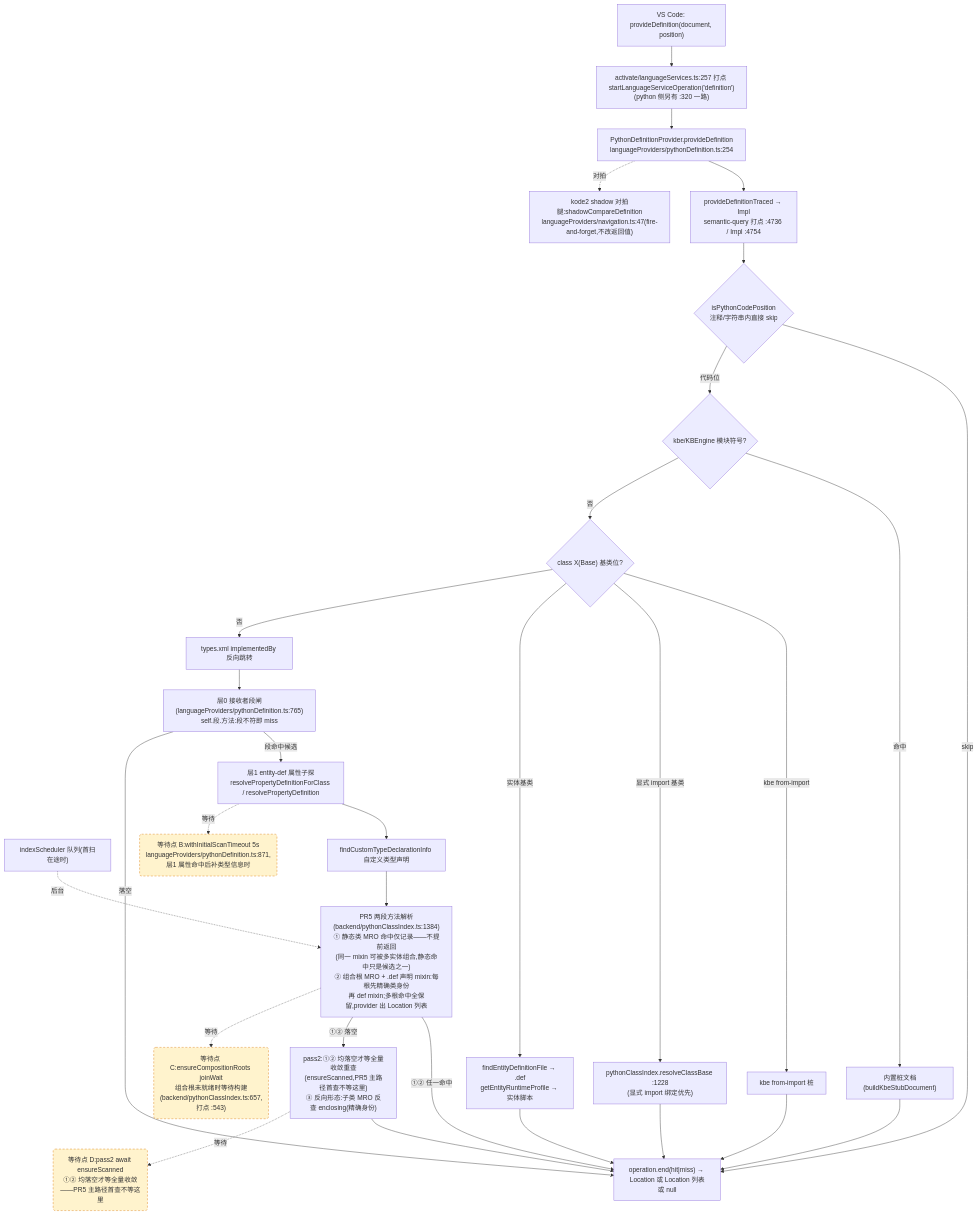
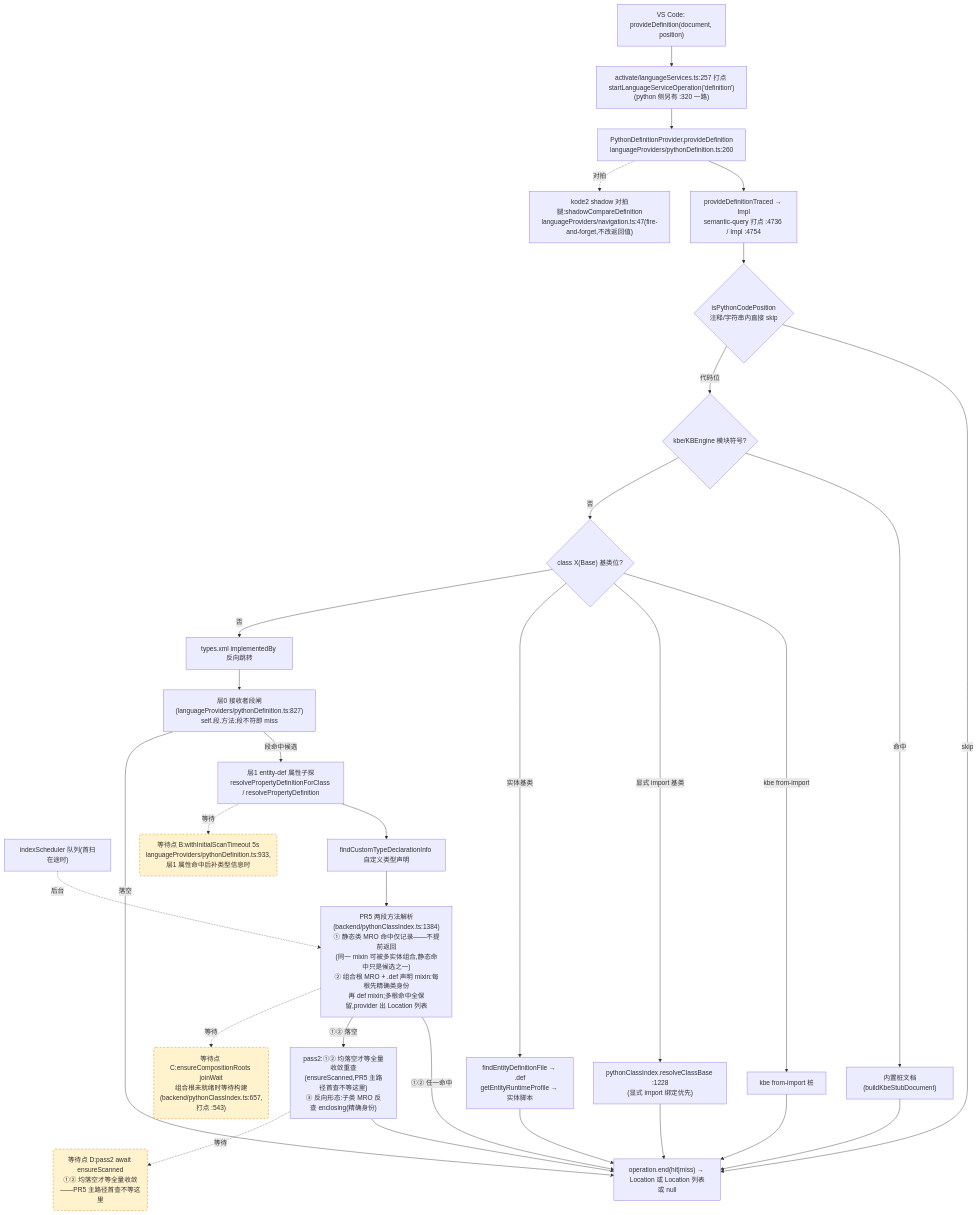
The second of 4 diagrams in docs/perf/2026-baseline.md (cuihairu/kode), drawn with Mermaid before and after one commit. The commit also changed other lines of this file and 15 other files, not shown here.

````diff
--- a/docs/perf/2026-baseline.md
+++ b/docs/perf/2026-baseline.md
@@ -132,51 +133,51 @@
 ```mermaid
 flowchart TD
   VC2["VS Code: provideDefinition(document, position)"]
   M2["activate/languageServices.ts:257 打点 startLanguageServiceOperation('definition')<br/>(python 侧另有 :320 一路)"]
-  AD2["PythonDefinitionProvider.provideDefinition<br/>languageProviders/pythonDefinition.ts:254"]
+  AD2["PythonDefinitionProvider.provideDefinition<br/>languageProviders/pythonDefinition.ts:260"]
   TR["provideDefinitionTraced → Impl<br/>semantic-query 打点 :4736 / Impl :4754"]
   CTX{"isPythonCodePosition<br/>注释/字符串内直接 skip"}
   KBE{"kbe/KBEngine 模块符号?"}
   STUB["内置桩文档(buildKbeStubDocument)"]
   CB{"class X(Base) 基类位?"}
   CB1["kbe from-import 桩"]
   CB2["pythonClassIndex.resolveClassBase :1228<br/>(显式 import 绑定优先)"]
   CB3["findEntityDefinitionFile → .def<br/>getEntityRuntimeProfile → 实体脚本"]
   REV["types.xml implementedBy 反向跳转"]
-  L0["层0 接收者段闸(languageProviders/pythonDefinition.ts:765)<br/>self.段.方法:段不符即 miss"]
+  L0["层0 接收者段闸(languageProviders/pythonDefinition.ts:827)<br/>self.段.方法:段不符即 miss"]
   L1["层1 entity-def 属性子探<br/>resolvePropertyDefinitionForClass / resolvePropertyDefinition"]
   SCAN["indexScheduler 队列(首扫在途时)"]
   TY["findCustomTypeDeclarationInfo 自定义类型声明"]
   MRO["PR5 两段方法解析(backend/pythonClassIndex.ts:1384)<br/>① 静态类 MRO 命中仅记录——不提前返回<br/>(同一 mixin 可被多实体组合,静态命中只是候选之一)<br/>② 组合根 MRO + .def 声明 mixin:每根先精确类身份<br/>再 def mixin;多根命中全保留,provider 出 Location 列表"]
   PASS2["pass2:①② 均落空才等全量收敛重查<br/>(ensureScanned,PR5 主路径首查不等这里)<br/>③ 反向形态:子类 MRO 反查 enclosing(精确身份)"]
   SHD["kode2 shadow 对拍腿:shadowCompareDefinition<br/>languageProviders/navigation.ts:47(fire-and-forget,不改返回值)"]
   END2["operation.end(hit|miss) → Location 或 Location 列表或 null"]
 
   VC2 --> M2 --> AD2 --> TR --> CTX
   CTX -- "skip" --> END2
   CTX -- "代码位" --> KBE
   KBE -- "命中" --> STUB --> END2
   KBE -- "否" --> CB
   CB -- "kbe from-import" --> CB1 --> END2
   CB -- "显式 import 基类" --> CB2 --> END2
   CB -- "实体基类" --> CB3 --> END2
   CB -- "否" --> REV --> L0
   L0 -- "段命中候选" --> L1
   L0 -- "落空" --> END2
   L1 --> TY
   TY --> MRO
   MRO -- "①② 任一命中" --> END2
   MRO -- "①② 落空" --> PASS2 --> END2
   AD2 -.->|对拍| SHD
 
-  WAITB("等待点 B:withInitialScanTimeout 5s<br/>languageProviders/pythonDefinition.ts:871,层1 属性命中后补类型信息时")
+  WAITB("等待点 B:withInitialScanTimeout 5s<br/>languageProviders/pythonDefinition.ts:933,层1 属性命中后补类型信息时")
   WAITC("等待点 C:ensureCompositionRoots joinWait<br/>组合根未就绪时等待构建(backend/pythonClassIndex.ts:657,打点 :543)")
   WAITD("等待点 D:pass2 await ensureScanned<br/>①② 均落空才等全量收敛——PR5 主路径首查不等这里")
   L1 -.->|等待| WAITB
   MRO -.->|等待| WAITC
   PASS2 -.->|等待| WAITD
   SCAN -.->|后台| MRO
 
   classDef waitPoint fill:#fff3cd,stroke:#d97706,stroke-dasharray:5 4;
   class WAITB,WAITC,WAITD waitPoint;
 ```
````
